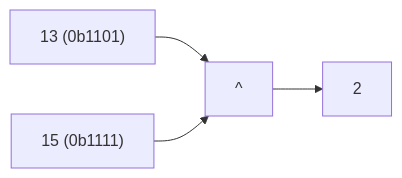
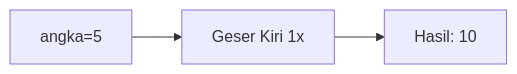
Before and after one commit to amnahwaida/OSNK_INF_PREP: diagram 12 of 25 in part-c-pemahaman-cpp/06-bitwise/latihan/set-04.md, drawn with Mermaid. The commit also changed other lines of this file and 71 other files, not shown here.

````diff
--- a/part-c-pemahaman-cpp/06-bitwise/latihan/set-04.md
+++ b/part-c-pemahaman-cpp/06-bitwise/latihan/set-04.md
@@ -311,6 +324,5 @@
 ```mermaid
 graph LR
-A["13 (0b1101)"] --> C["^"]
-B["15 (0b1111)"] --> C
-C --> D["2"]
+A["angka=5"] --> B["Geser Kiri 1x"]
+B --> C["Hasil: 10"]
 ```
````
